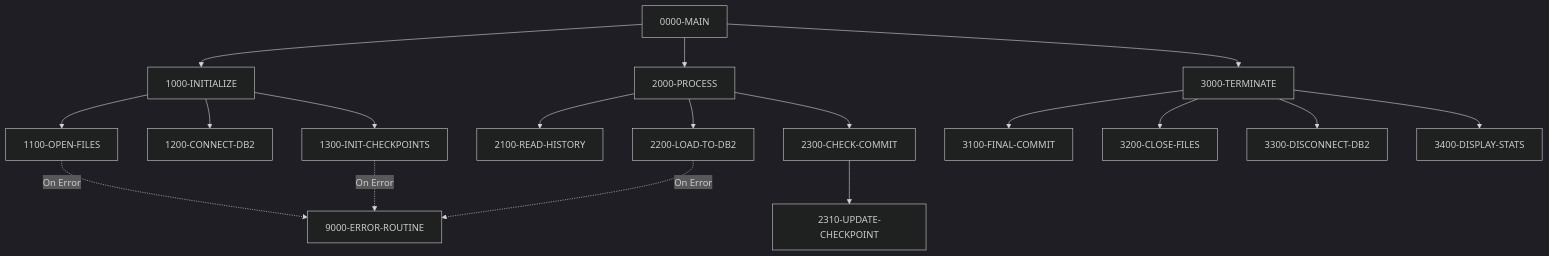
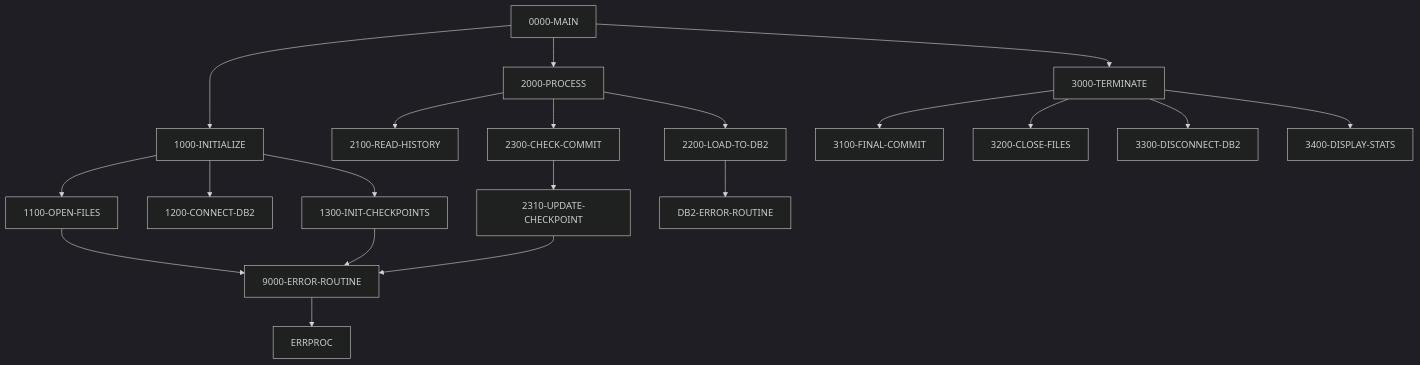
Before and after one commit to haladir-com/legacy-benchmark-docs-vb70e1: the diagram in docs/programs/HISTLD00.mdx, drawn with Mermaid (dark theme). The commit also changed other lines of this file and 64 other files, not shown here.

````diff
--- a/docs/programs/HISTLD00.mdx
+++ b/docs/programs/HISTLD00.mdx
@@ -21,24 +16,26 @@
 ```mermaid
 graph TD
     A[0000-MAIN] --> B[1000-INITIALIZE]
     A --> C[2000-PROCESS]
     A --> D[3000-TERMINATE]
     
     B --> B1[1100-OPEN-FILES]
     B --> B2[1200-CONNECT-DB2]
     B --> B3[1300-INIT-CHECKPOINTS]
     
     C --> C1[2100-READ-HISTORY]
     C --> C2[2200-LOAD-TO-DB2]
     C --> C3[2300-CHECK-COMMIT]
     C3 --> C4[2310-UPDATE-CHECKPOINT]
     
     D --> D1[3100-FINAL-COMMIT]
     D --> D2[3200-CLOSE-FILES]
     D --> D3[3300-DISCONNECT-DB2]
     D --> D4[3400-DISPLAY-STATS]
     
-    C2 -.->|On Error| E[9000-ERROR-ROUTINE]
-    B1 -.->|On Error| E
-    B3 -.->|On Error| E
+    B1 --> E[9000-ERROR-ROUTINE]
+    B3 --> E
+    C2 --> F[DB2-ERROR-ROUTINE]
+    C4 --> E
+    E --> G[ERRPROC]
 ```
````
